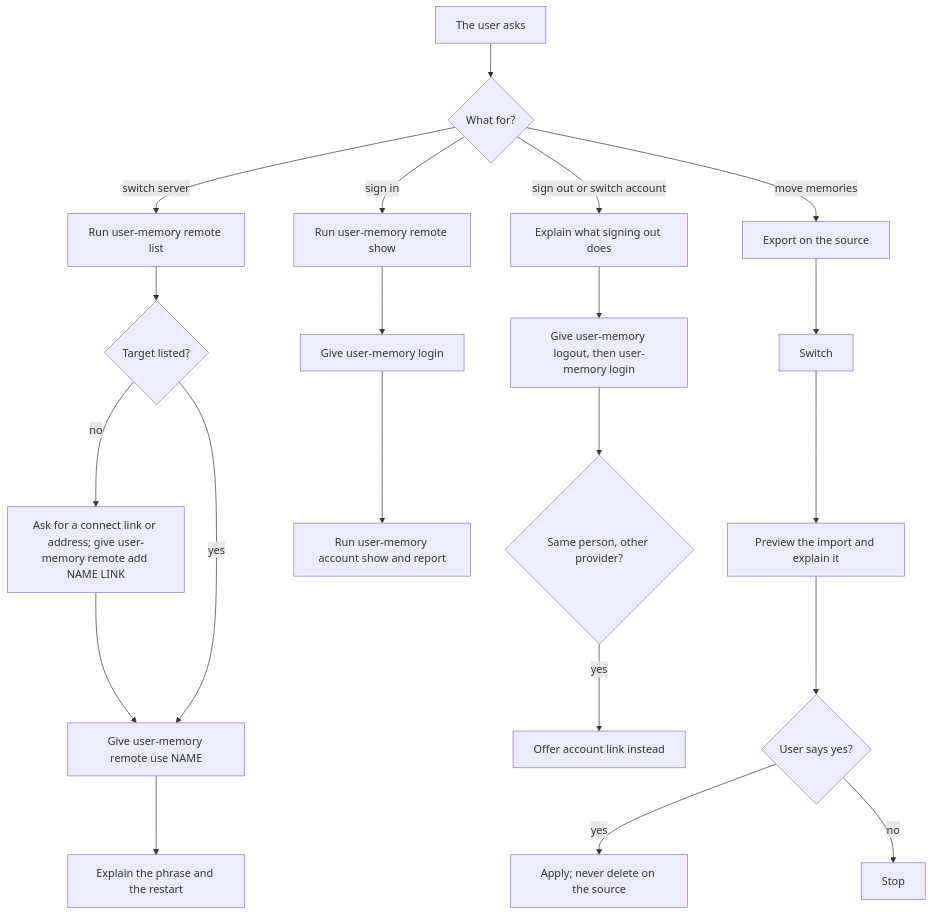
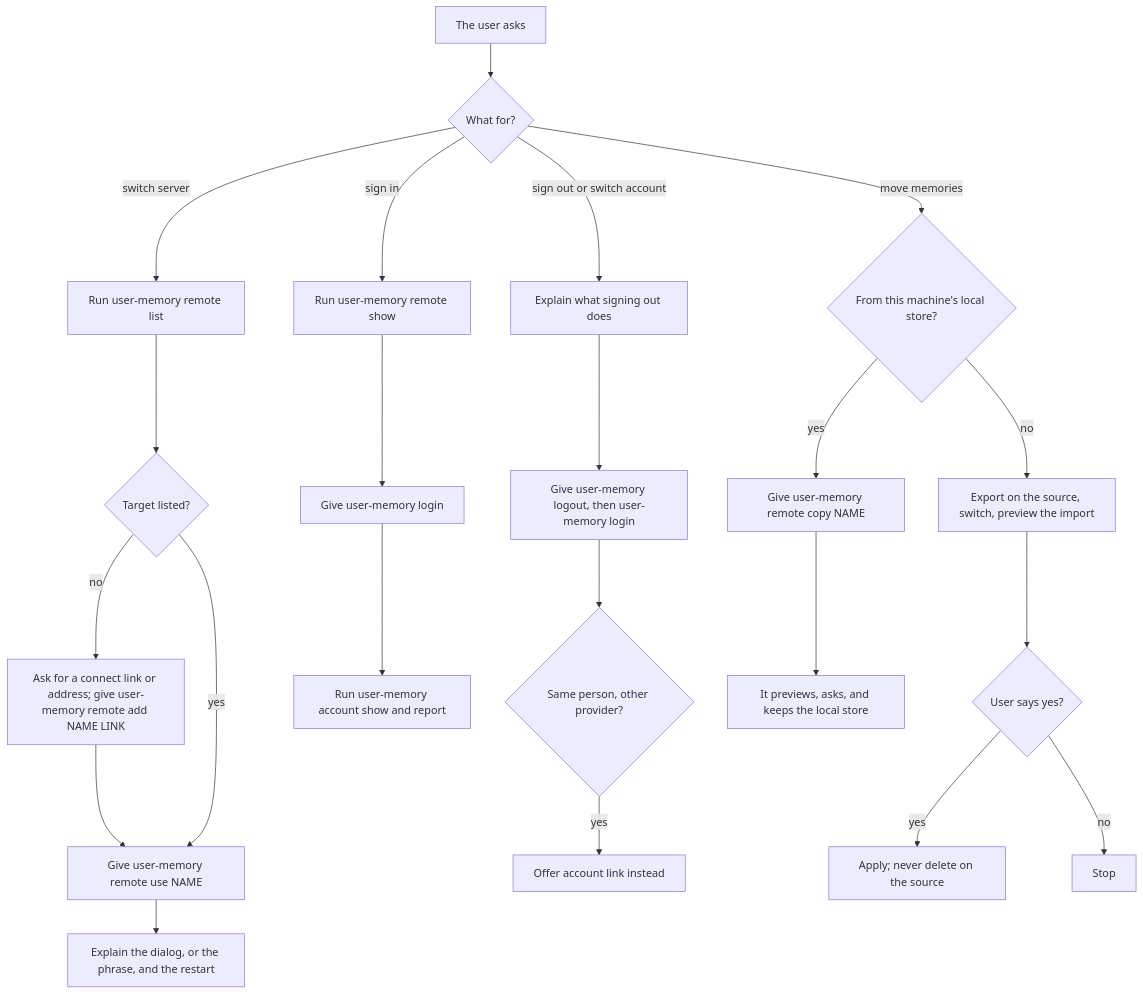
One commit to l7aromeo/user-memory changed the diagram in design/11-skill-docs-evals.md. Above: the diagram before and after it, drawn with Mermaid. The commit also changed other lines of this file and 13 other files, not shown here.

First line of the commit message:
docs(design): apply the user's decisions on the v0.11 open points

````diff
--- a/design/11-skill-docs-evals.md
+++ b/design/11-skill-docs-evals.md
@@ -44,23 +46,24 @@
 ```mermaid
 flowchart TD
     R[The user asks] --> Q{What for?}
     Q -->|switch server| S1[Run user-memory remote list]
     S1 --> S2{Target listed?}
     S2 -->|no| S3[Ask for a connect link or address; give user-memory remote add NAME LINK]
     S2 -->|yes| S4[Give user-memory remote use NAME]
     S3 --> S4
-    S4 --> S5[Explain the phrase and the restart]
+    S4 --> S5[Explain the dialog, or the phrase, and the restart]
     Q -->|sign in| L1[Run user-memory remote show]
     L1 --> L2[Give user-memory login]
     L2 --> L3[Run user-memory account show and report]
     Q -->|sign out or switch account| O1[Explain what signing out does]
     O1 --> O2[Give user-memory logout, then user-memory login]
     O2 --> O3{Same person, other provider?}
     O3 -->|yes| O4[Offer account link instead]
-    Q -->|move memories| M1[Export on the source]
-    M1 --> M2[Switch]
-    M2 --> M3[Preview the import and explain it]
-    M3 --> M4{User says yes?}
-    M4 -->|yes| M5[Apply; never delete on the source]
-    M4 -->|no| M6[Stop]
+    Q -->|move memories| M1{From this machine's local store?}
+    M1 -->|yes| M2[Give user-memory remote copy NAME]
+    M2 --> M3[It previews, asks, and keeps the local store]
+    M1 -->|no| M4[Export on the source, switch, preview the import]
+    M4 --> M5{User says yes?}
+    M5 -->|yes| M6[Apply; never delete on the source]
+    M5 -->|no| M7[Stop]
 ```
````
